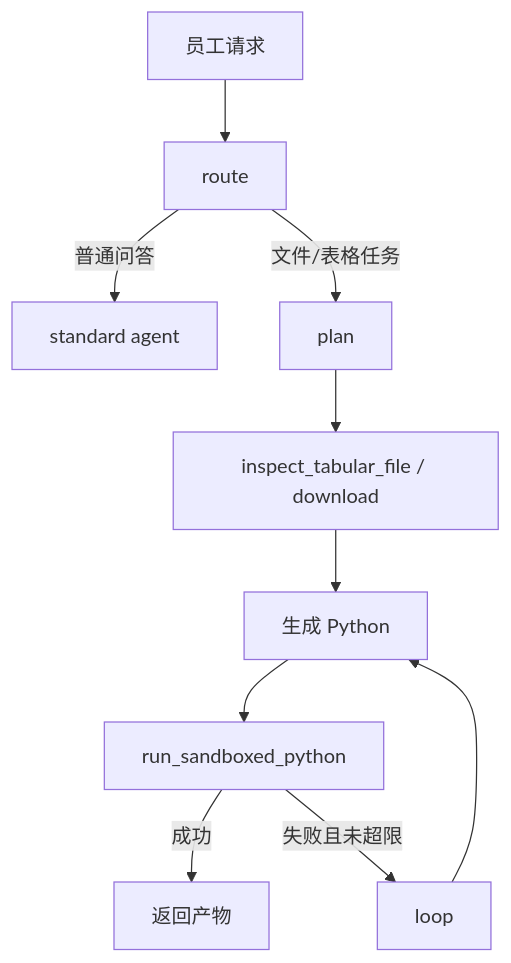
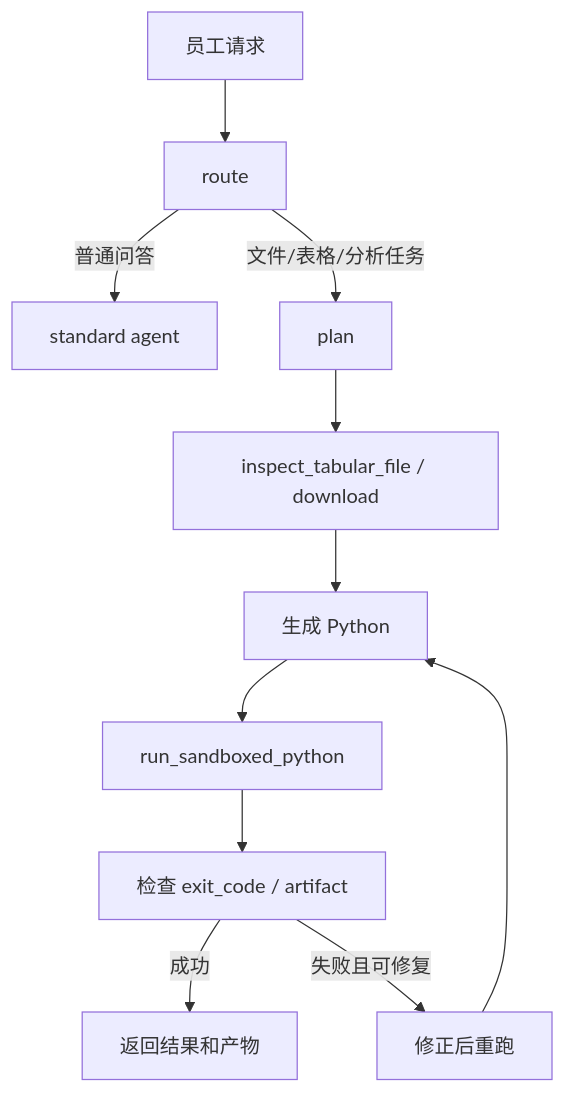
The seventh of 7 diagrams in docs/AGENT_TECHNICAL_DOCUMENTATION.md (lr12338/hifleet-agent), drawn with Mermaid before and after one commit. The commit also changed other lines of this file and 35 other files, not shown here.

````diff
--- a/docs/AGENT_TECHNICAL_DOCUMENTATION.md
+++ b/docs/AGENT_TECHNICAL_DOCUMENTATION.md
@@ -119,12 +379,13 @@
 ```mermaid
 flowchart TD
     Msg[员工请求] --> Route[route]
     Route -->|普通问答| Delegate[standard agent]
-    Route -->|文件/表格任务| Plan[plan]
+    Route -->|文件/表格/分析任务| Plan[plan]
     Plan --> Inspect[inspect_tabular_file / download]
-    Inspect --> Act[生成 Python]
-    Act --> Check[run_sandboxed_python]
-    Check -->|成功| Finalize[返回产物]
-    Check -->|失败且未超限| Loop[loop]
-    Loop --> Act
+    Inspect --> Code[生成 Python]
+    Code --> Run[run_sandboxed_python]
+    Run --> Check[检查 exit_code / artifact]
+    Check -->|成功| Finalize[返回结果和产物]
+    Check -->|失败且可修复| Loop[修正后重跑]
+    Loop --> Code
 ```
````
